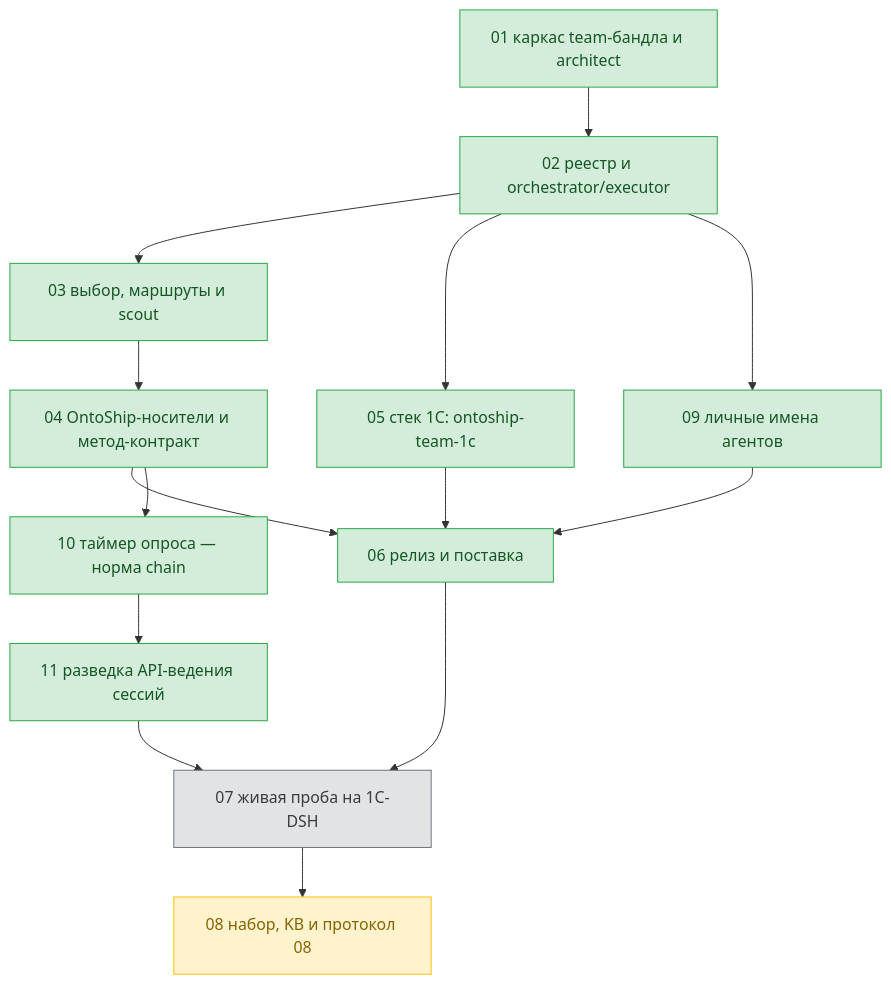
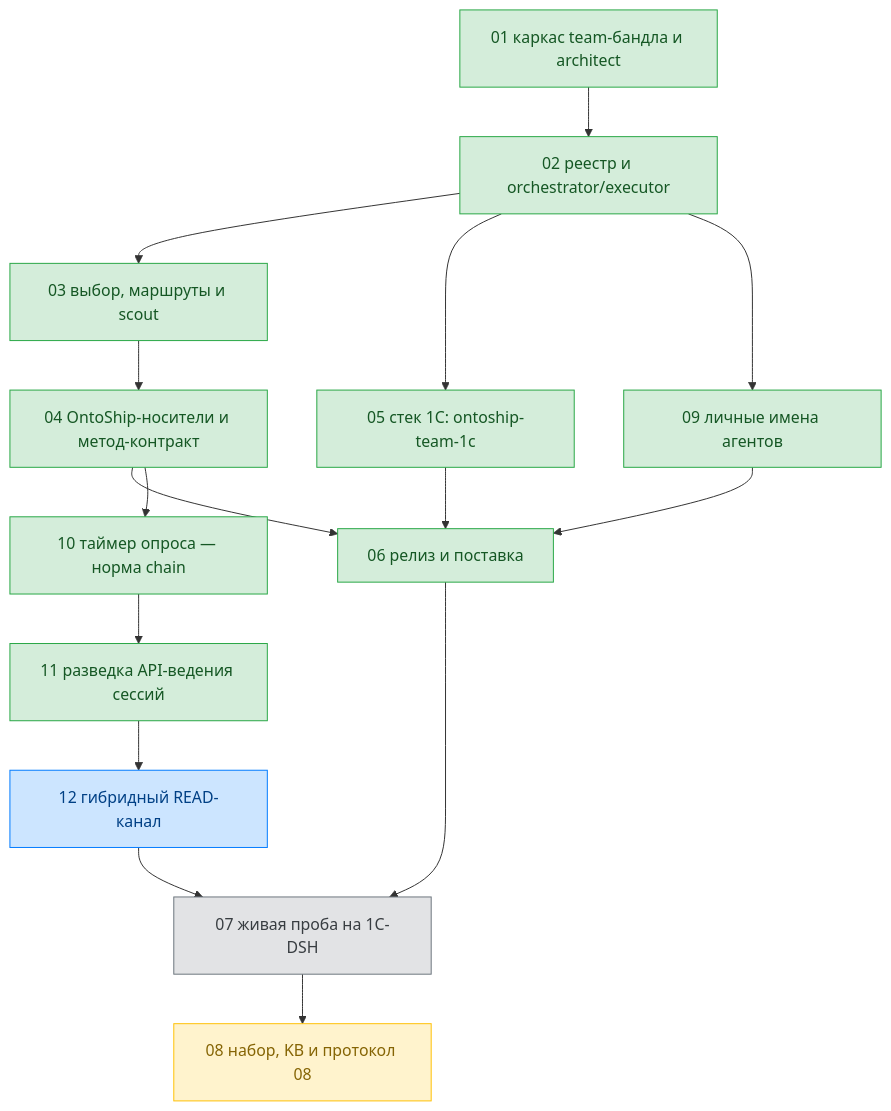
The diagram in tickets/team-profiles/dag.md (ntin60775/ontoship-ntin), drawn with Mermaid before and after one commit. The commit also changed other lines of this file and 6 other files, not shown here.

Commit message:
docs(team-profiles): тикет 12 принят — гибридный READ-канал (решение 21), публикация спеки-дельты, тикета, видов, индексов

````diff
--- a/tickets/team-profiles/dag.md
+++ b/tickets/team-profiles/dag.md
@@ -11,37 +11,40 @@
 ```mermaid
 flowchart TD
   T01["01 каркас team-бандла и architect"]
   T02["02 реестр и orchestrator/executor"]
   T03["03 выбор, маршруты и scout"]
   T04["04 OntoShip-носители и метод-контракт"]
   T05["05 стек 1C: ontoship-team-1c"]
   T06["06 релиз и поставка"]
   T07["07 живая проба на 1C-DSH"]
   T08["08 набор, KB и протокол 08"]
   T09["09 личные имена агентов"]
   T10["10 таймер опроса — норма chain"]
   T11["11 разведка API-ведения сессий"]
+  T12["12 гибридный READ-канал"]
 
   T01 --> T02
   T02 --> T03
   T02 --> T05
   T02 --> T09
   T03 --> T04
   T04 --> T06
   T04 --> T10
   T05 --> T06
   T09 --> T06
   T06 --> T07
   T10 --> T11
-  T11 --> T07
+  T11 --> T12
+  T12 --> T07
   T07 --> T08
 
   classDef done fill:#d4edda,stroke:#28a745,color:#155724;
   classDef running fill:#cce5ff,stroke:#007bff,color:#004085;
   classDef pending fill:#e2e3e5,stroke:#6c757d,color:#383d41;
   classDef waiting fill:#fff3cd,stroke:#ffc107,color:#856404;
 
   class T01,T02,T03,T04,T05,T06,T09,T10,T11 done;
+  class T12 running;
   class T07 pending;
   class T08 waiting;
 ```
````
